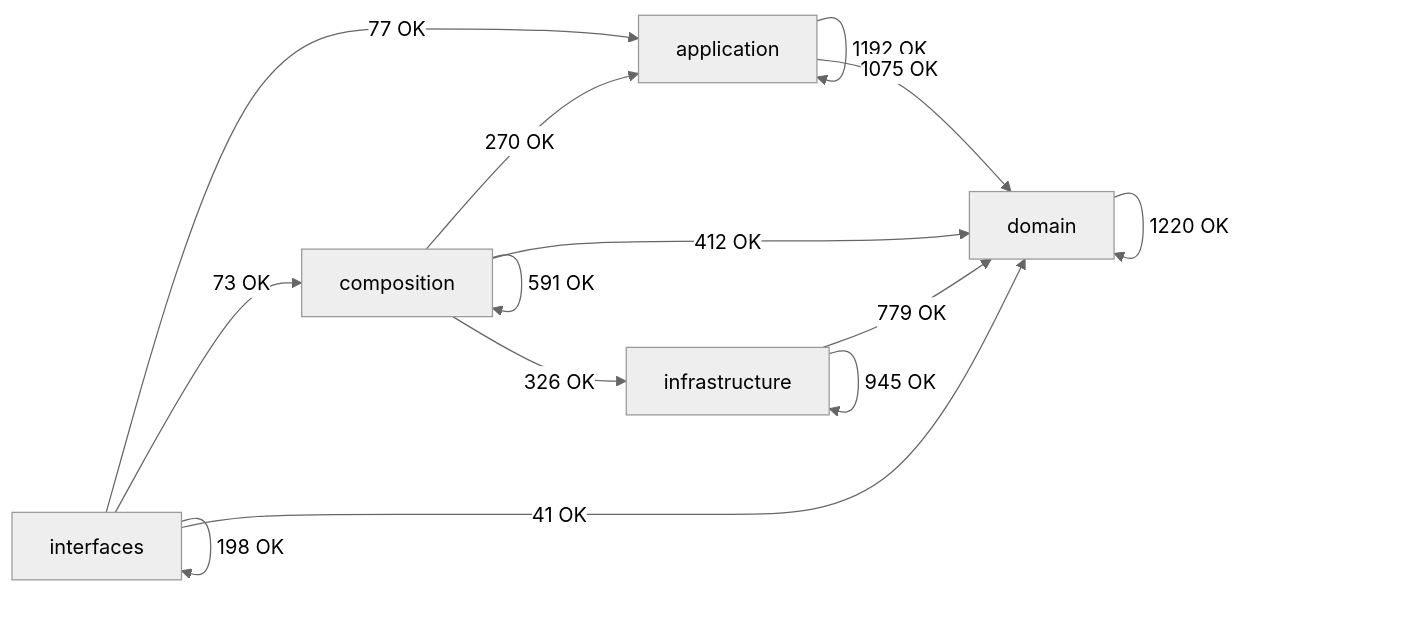
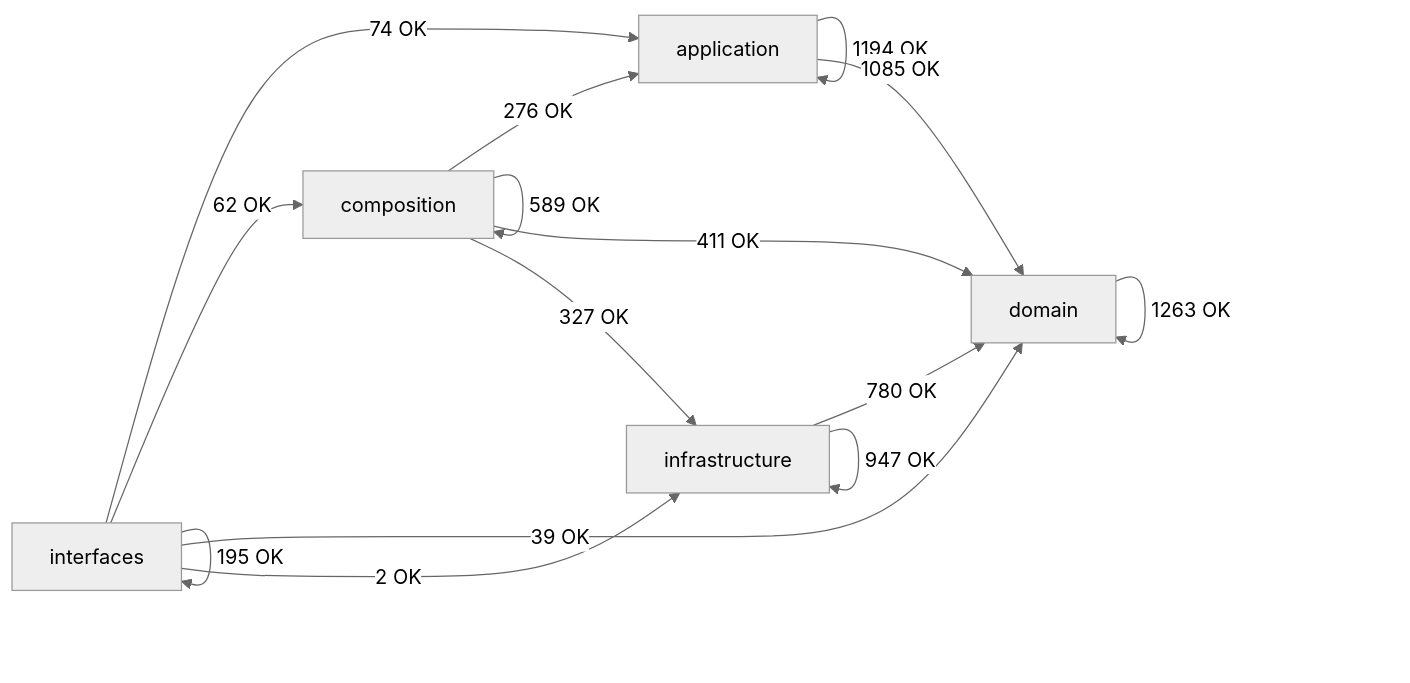
One commit to SatoryKono/BioactivityDataAcquisition changed the diagram in docs/02-architecture/generated/module-dependency-map.md. Above: the diagram before and after it, drawn with Mermaid (neutral theme). The commit also changed other lines of this file and 24 other files, not shown here.

````diff
--- a/docs/02-architecture/generated/module-dependency-map.md
+++ b/docs/02-architecture/generated/module-dependency-map.md
@@ -17,21 +17,22 @@
 ```mermaid
 flowchart LR
     domain[domain]
     application[application]
     infrastructure[infrastructure]
     composition[composition]
     interfaces[interfaces]
-    application -->|1192 OK| application
-    application -->|1075 OK| domain
-    composition -->|270 OK| application
-    composition -->|591 OK| composition
-    composition -->|412 OK| domain
-    composition -->|326 OK| infrastructure
-    domain -->|1220 OK| domain
-    infrastructure -->|779 OK| domain
-    infrastructure -->|945 OK| infrastructure
-    interfaces -->|77 OK| application
-    interfaces -->|73 OK| composition
-    interfaces -->|41 OK| domain
-    interfaces -->|198 OK| interfaces
+    application -->|1194 OK| application
+    application -->|1085 OK| domain
+    composition -->|276 OK| application
+    composition -->|589 OK| composition
+    composition -->|411 OK| domain
+    composition -->|327 OK| infrastructure
+    domain -->|1263 OK| domain
+    infrastructure -->|780 OK| domain
+    infrastructure -->|947 OK| infrastructure
+    interfaces -->|74 OK| application
+    interfaces -->|62 OK| composition
+    interfaces -->|39 OK| domain
+    interfaces -->|2 OK| infrastructure
+    interfaces -->|195 OK| interfaces
 ```
````
